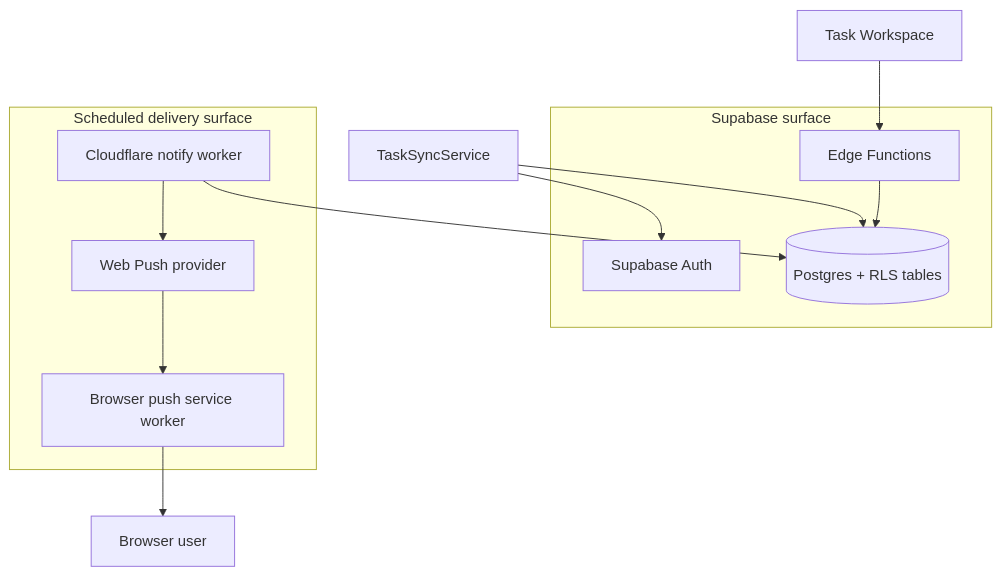
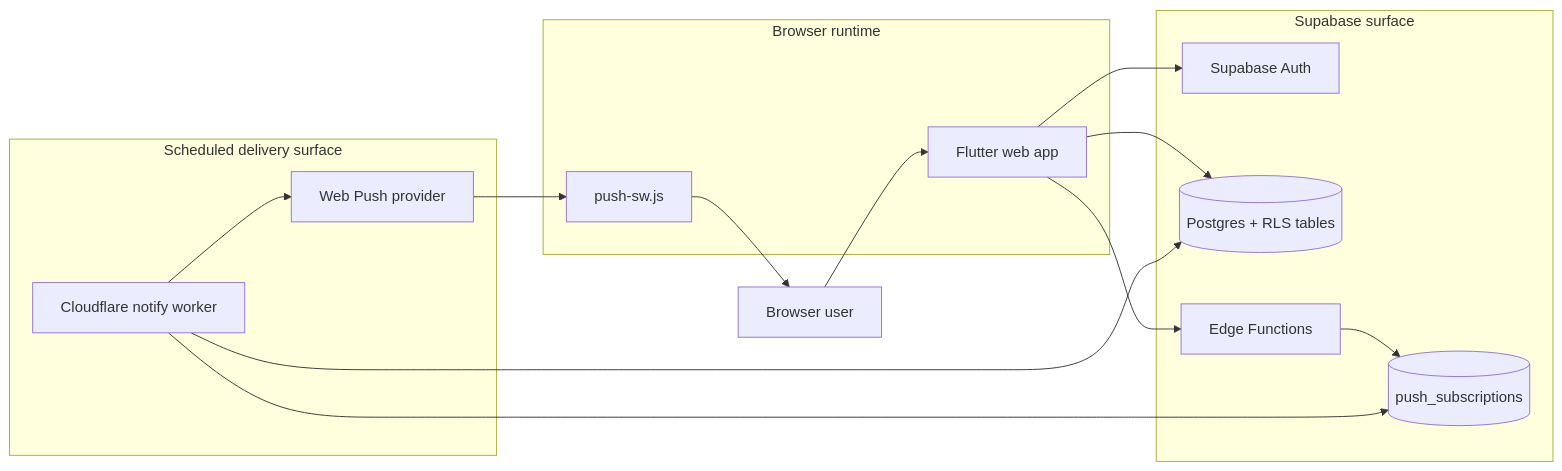
One commit to eliasfeijo/saas-reliability-lab changed the first of 6 diagrams in docs/ARCHITECTURE.md. Above: the diagram before and after it, drawn with Mermaid. The commit also changed other lines of this file and 1 other file, not shown here.

First line of the commit message:
docs(docs): split architecture views

````diff
--- a/docs/ARCHITECTURE.md
+++ b/docs/ARCHITECTURE.md
@@ -110,24 +75,32 @@
 ```mermaid
-flowchart TD
+flowchart LR
+    User["Browser user"]
+
+    subgraph Browser["Browser runtime"]
+        App["Flutter web app"]
+        PushSW["push-sw.js"]
+    end
 
     subgraph Cloud["Supabase surface"]
         Auth["Supabase Auth"]
         DB[("Postgres + RLS tables")]
         Edge["Edge Functions"]
+        Subs[("push_subscriptions")]
     end
 
     subgraph Delivery["Scheduled delivery surface"]
         Worker["Cloudflare notify worker"]
         Push["Web Push provider"]
-        PushSW["Browser push service worker"]
     end
 
-    Sync["TaskSyncService"] --> Auth
-    Sync --> DB
-    Workspace["Task Workspace"] --> Edge
-    Edge --> DB
+    User --> App
+    App --> Auth
+    App --> DB
+    App --> Edge
+    Edge --> Subs
     Worker --> DB
+    Worker --> Subs
     Worker --> Push
     Push --> PushSW
-    PushSW --> User["Browser user"]
+    PushSW --> User
 ```
````
